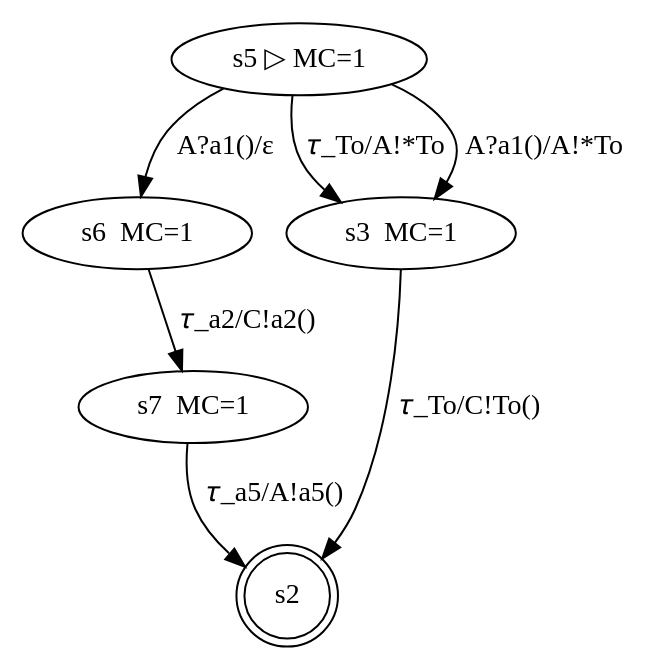
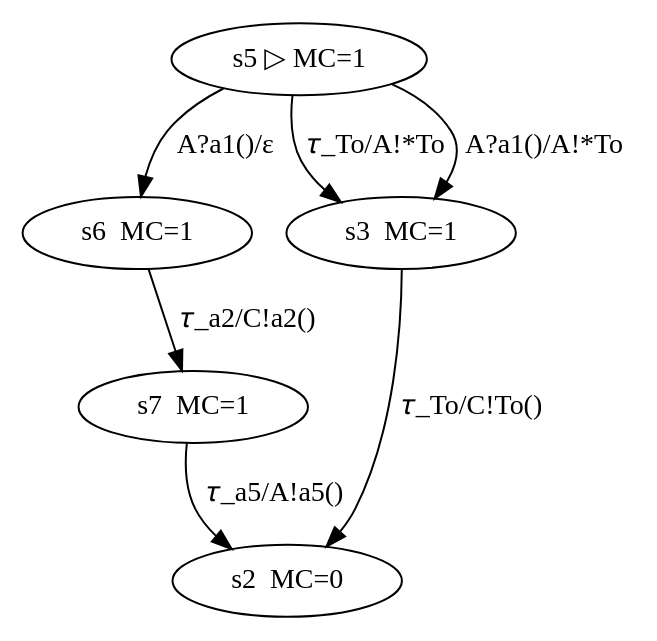
The diagram in generated/Timeout/B.dot (LauraVoinea/scribble-java), drawn with Graphviz before and after one commit. The commit also changed 5 other files, not shown here.

```diff
--- a/generated/Timeout/B.dot
+++ b/generated/Timeout/B.dot
@@ -1,14 +1,14 @@
 digraph G {
 compound = true;
 "5" [ label="s5 ▷ MC=1" ];
 "6" [ label="s6  MC=1" ];
 "7" [ label="s7  MC=1" ];
-"2" [ label="s2", shape=doublecircle];
+"2" [ label="s2  MC=0" ];
 "3" [ label="s3  MC=1" ];
 "5" -> "3" [ label="𝜏_To/A!*To" ];
 "5" -> "6" [ label="A?a1()/ε" ];
 "5" -> "3" [ label="A?a1()/A!*To" ];
 "3" -> "2" [ label="𝜏_To/C!To()" ];
 "6" -> "7" [ label="𝜏_a2/C!a2()" ];
 "7" -> "2" [ label="𝜏_a5/A!a5()" ];
 }
```
